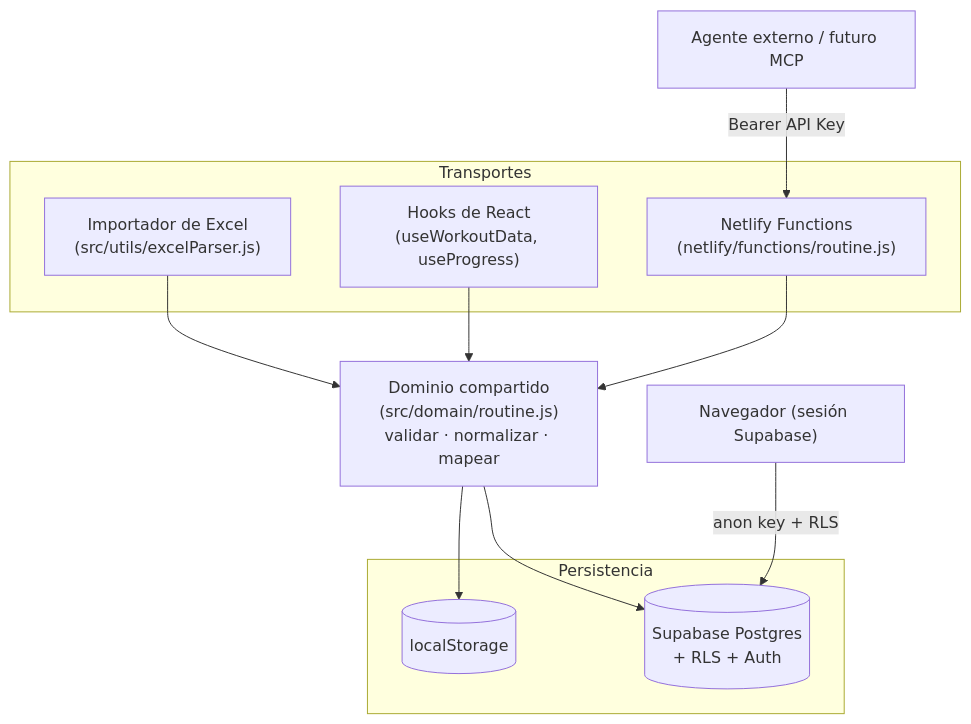
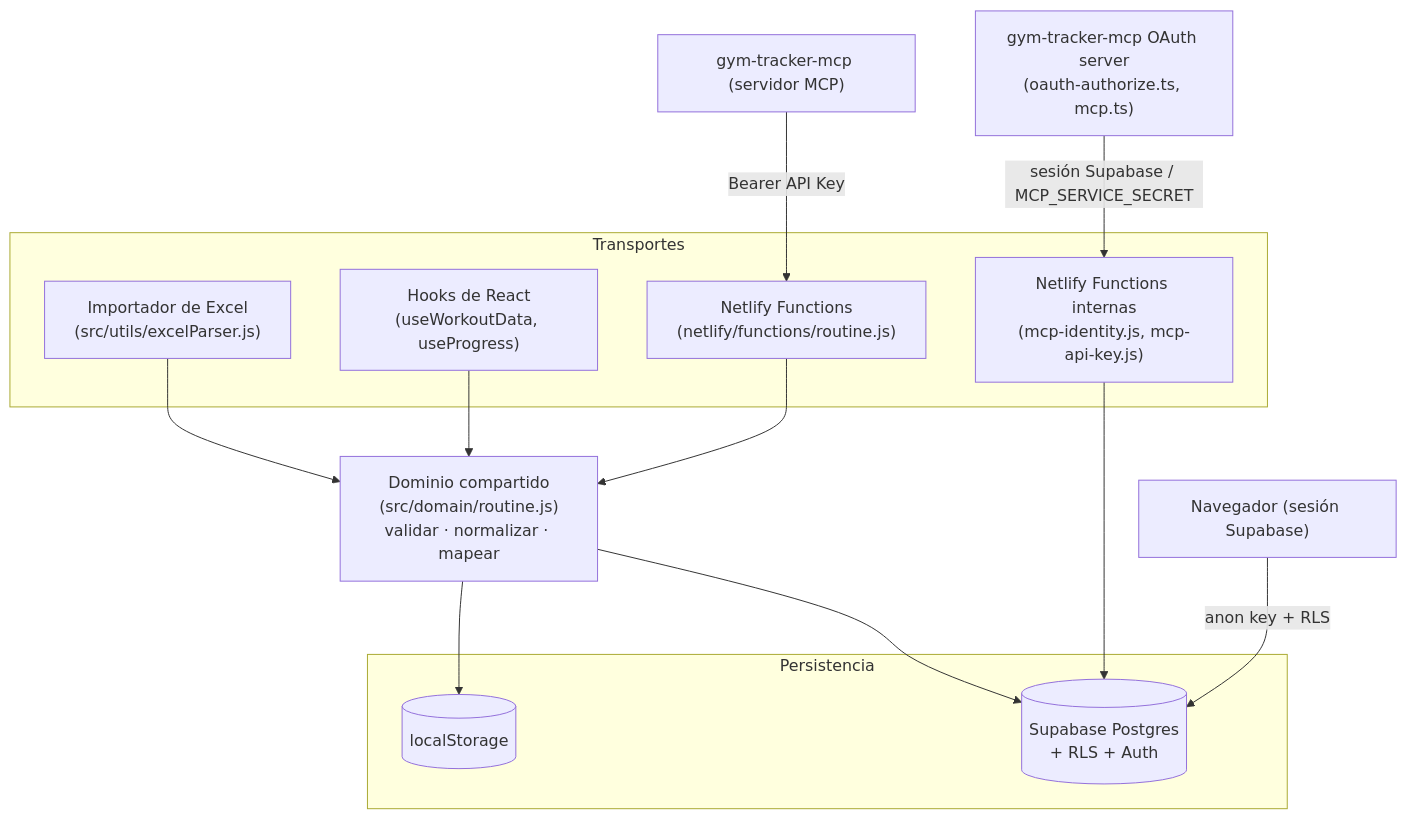
Before and after one commit to speranza5/gym-tracker: the first of 4 diagrams in docs/architecture.md, drawn with Mermaid. The commit also changed other lines of this file and 5 other files, not shown here.

First line of the commit message:
Add internal endpoints so gym-tracker-mcp can resolve real user identity

````diff
--- a/docs/architecture.md
+++ b/docs/architecture.md
@@ -14,24 +14,27 @@
 ```mermaid
 flowchart TB
     subgraph Transportes
         EXCEL["Importador de Excel<br/>(src/utils/excelParser.js)"]
         UI["Hooks de React<br/>(useWorkoutData, useProgress)"]
         API["Netlify Functions<br/>(netlify/functions/routine.js)"]
+        INTERNAL["Netlify Functions internas<br/>(mcp-identity.js, mcp-api-key.js)"]
     end
 
     DOMAIN["Dominio compartido<br/>(src/domain/routine.js)<br/>validar · normalizar · mapear"]
 
     subgraph Persistencia
         LOCAL[(localStorage)]
         SB[(Supabase Postgres<br/>+ RLS + Auth)]
     end
 
     EXCEL --> DOMAIN
     UI --> DOMAIN
     API --> DOMAIN
     DOMAIN --> LOCAL
     DOMAIN --> SB
+    INTERNAL --> SB
 
-    AGENT["Agente externo / futuro MCP"] -- "Bearer API Key" --> API
+    AGENT["gym-tracker-mcp (servidor MCP)"] -- "Bearer API Key" --> API
+    MCPOAUTH["gym-tracker-mcp OAuth server<br/>(oauth-authorize.ts, mcp.ts)"] -- "sesión Supabase / MCP_SERVICE_SECRET" --> INTERNAL
     BROWSER["Navegador (sesión Supabase)"] -- "anon key + RLS" --> SB
 ```
````
